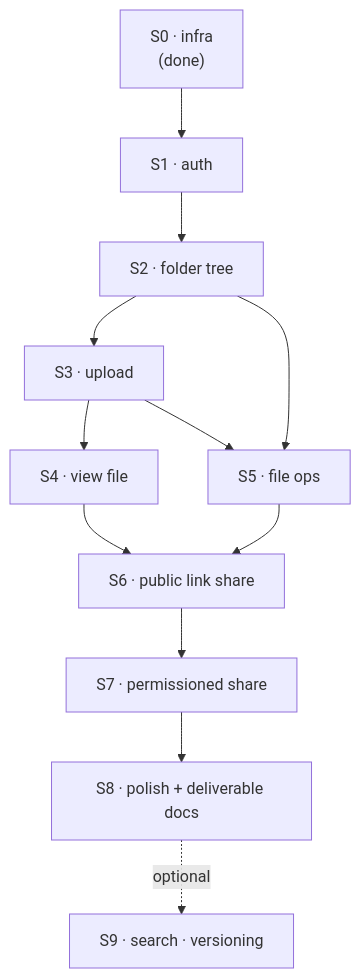
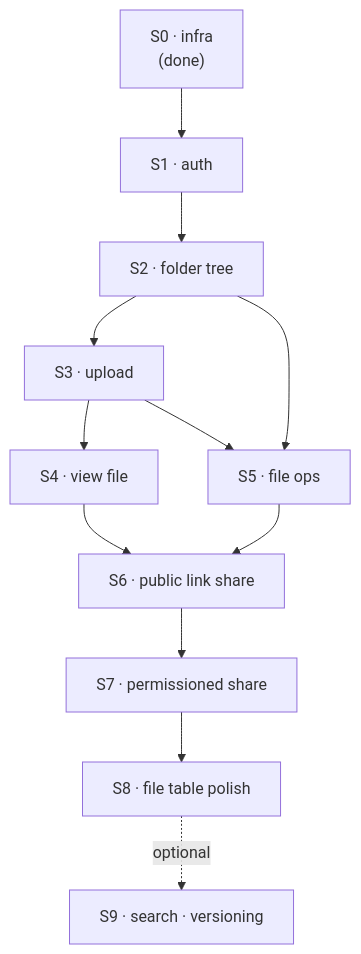
Before and after one commit to denleonchev/data-room: the diagram in docs/roadmap.md, drawn with Mermaid. The commit also changed other lines of this file, not shown here.

First line of the commit message:
docs: rescope S8 to the file table polish slice (#63)

````diff
--- a/docs/roadmap.md
+++ b/docs/roadmap.md
@@ -15,14 +15,14 @@
 ```mermaid
 flowchart TB
     S0["S0 · infra<br/>(done)"] --> S1["S1 · auth"]
     S1 --> S2["S2 · folder tree"]
     S2 --> S3["S3 · upload"]
     S3 --> S4["S4 · view file"]
     S2 --> S5["S5 · file ops"]
     S3 --> S5
     S4 --> S6["S6 · public link share"]
     S5 --> S6
     S6 --> S7["S7 · permissioned share"]
-    S7 --> S8["S8 · polish + deliverable docs"]
+    S7 --> S8["S8 · file table polish"]
     S8 -.optional.-> S9["S9 · search · versioning"]
 ```
````
